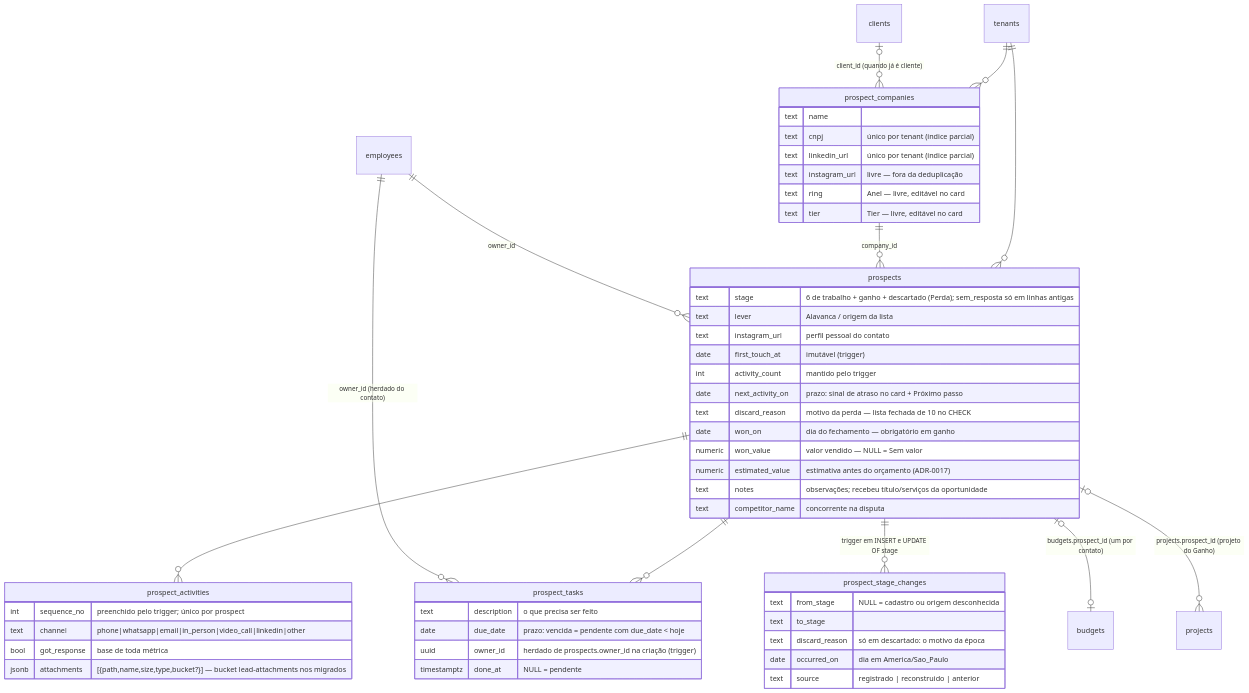
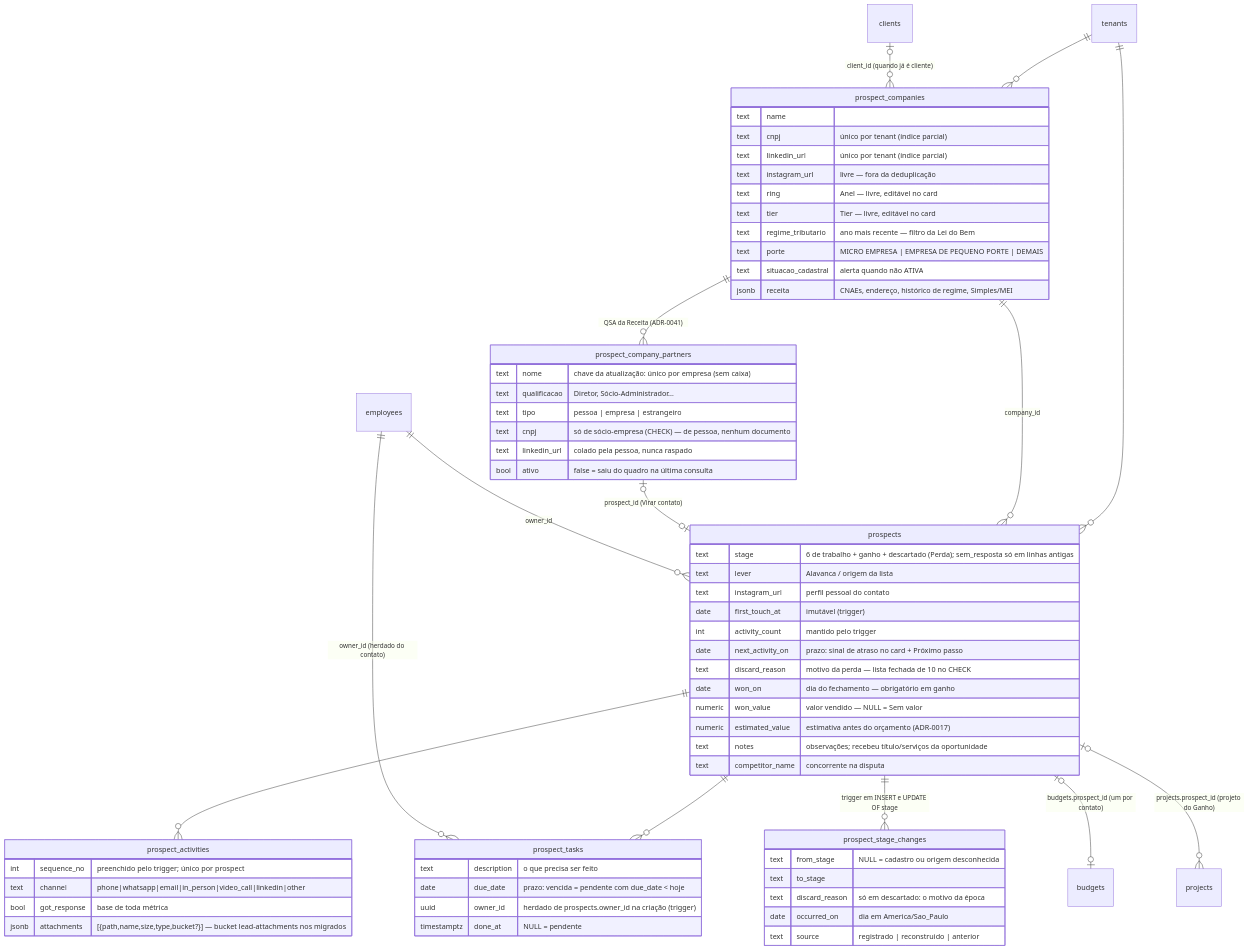
Before and after one commit to Origami-Lab-Organization/og-pulse: the first of 5 diagrams in .harness/docs/architecture/erd.md, drawn with Mermaid. The commit also changed other lines of this file and 6 other files, not shown here.

````diff
--- a/.harness/docs/architecture/erd.md
+++ b/.harness/docs/architecture/erd.md
@@ -90,56 +95,70 @@
 ```mermaid
 erDiagram
     tenants ||--o{ prospect_companies : ""
     tenants ||--o{ prospects : ""
     clients |o--o{ prospect_companies : "client_id (quando já é cliente)"
     prospect_companies ||--o{ prospects : "company_id"
+    prospect_companies ||--o{ prospect_company_partners : "QSA da Receita (ADR-0041)"
+    prospect_company_partners |o--o| prospects : "prospect_id (Virar contato)"
     prospects ||--o{ prospect_activities : ""
     prospects ||--o{ prospect_tasks : ""
     prospects ||--o{ prospect_stage_changes : "trigger em INSERT e UPDATE OF stage"
     employees ||--o{ prospect_tasks : "owner_id (herdado do contato)"
     employees ||--o{ prospects : "owner_id"
     prospects |o--o| budgets : "budgets.prospect_id (um por contato)"
     prospects |o--o{ projects : "projects.prospect_id (projeto do Ganho)"
 
     prospect_companies {
         text name ""
         text cnpj "único por tenant (índice parcial)"
         text linkedin_url "único por tenant (índice parcial)"
         text instagram_url "livre — fora da deduplicação"
         text ring "Anel — livre, editável no card"
         text tier "Tier — livre, editável no card"
+        text regime_tributario "ano mais recente — filtro da Lei do Bem"
+        text porte "MICRO EMPRESA | EMPRESA DE PEQUENO PORTE | DEMAIS"
+        text situacao_cadastral "alerta quando não ATIVA"
+        jsonb receita "CNAEs, endereço, histórico de regime, Simples/MEI"
+    }
+    prospect_company_partners {
+        text nome "chave da atualização: único por empresa (sem caixa)"
+        text qualificacao "Diretor, Sócio-Administrador..."
+        text tipo "pessoa | empresa | estrangeiro"
+        text cnpj "só de sócio-empresa (CHECK) — de pessoa, nenhum documento"
+        text linkedin_url "colado pela pessoa, nunca raspado"
+        bool ativo "false = saiu do quadro na última consulta"
     }
     prospects {
         text stage "6 de trabalho + ganho + descartado (Perda); sem_resposta só em linhas antigas"
         text lever "Alavanca / origem da lista"
         text instagram_url "perfil pessoal do contato"
         date first_touch_at "imutável (trigger)"
         int activity_count "mantido pelo trigger"
         date next_activity_on "prazo: sinal de atraso no card + Próximo passo"
         text discard_reason "motivo da perda — lista fechada de 10 no CHECK"
         date won_on "dia do fechamento — obrigatório em ganho"
         numeric won_value "valor vendido — NULL = Sem valor"
         numeric estimated_value "estimativa antes do orçamento (ADR-0017)"
         text notes "observações; recebeu título/serviços da oportunidade"
         text competitor_name "concorrente na disputa"
     }
     prospect_activities {
         int sequence_no "preenchido pelo trigger; único por prospect"
         text channel "phone|whatsapp|email|in_person|video_call|linkedin|other"
         bool got_response "base de toda métrica"
         jsonb attachments "[{path,name,size,type,bucket?}] — bucket lead-attachments nos migrados"
     }
     prospect_stage_changes {
         text from_stage "NULL = cadastro ou origem desconhecida"
         text to_stage ""
         text discard_reason "só em descartado: o motivo da época"
         date occurred_on "dia em America/Sao_Paulo"
         text source "registrado | reconstruido | anterior"
     }
     prospect_tasks {
         text description "o que precisa ser feito"
         date due_date "prazo: vencida = pendente com due_date < hoje"
         uuid owner_id "herdado de prospects.owner_id na criação (trigger)"
         timestamptz done_at "NULL = pendente"
     }
 ```
````
